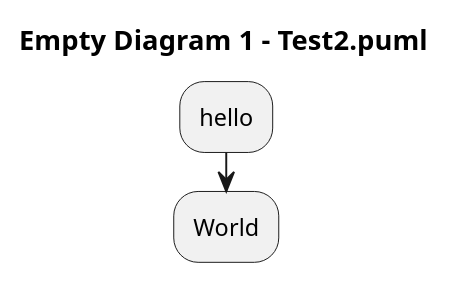
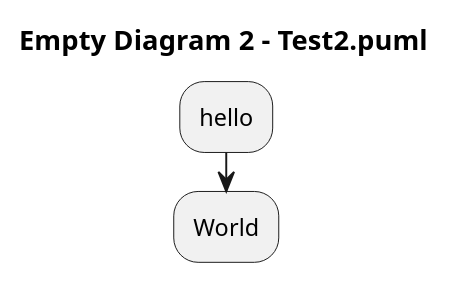
One commit to arwenvaughan/test1 changed the diagram in Test2.puml. Above: the diagram before and after it, drawn with PlantUML.

Commit message:
This commit was initiated from PlantText to edit the file Test2.puml only.

```diff
--- a/Test2.puml
+++ b/Test2.puml
@@ -1,7 +1,7 @@
 @startuml
 
-title Empty Diagram 1 - Test2.puml
+title Empty Diagram 2 - Test2.puml
 :hello;
 :World;
 
 @enduml
```
